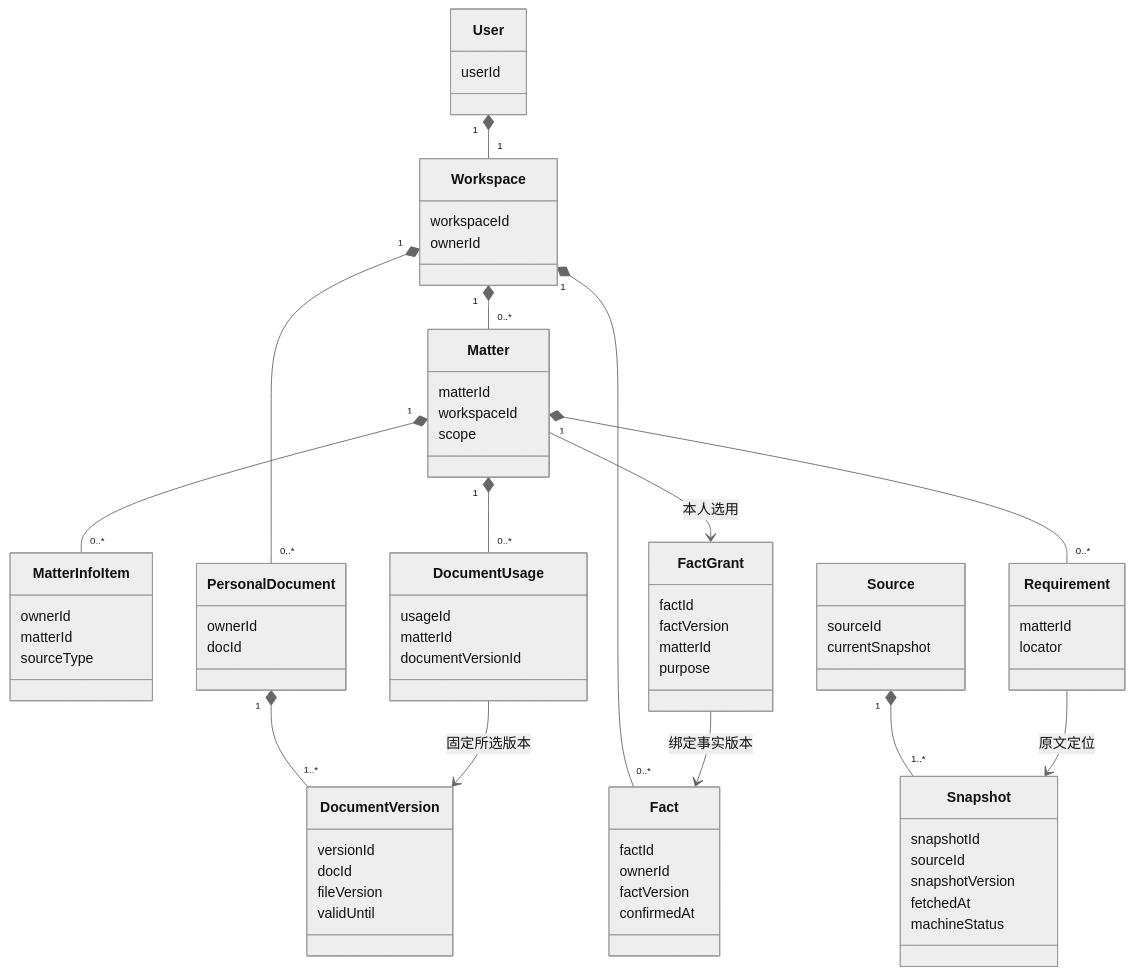
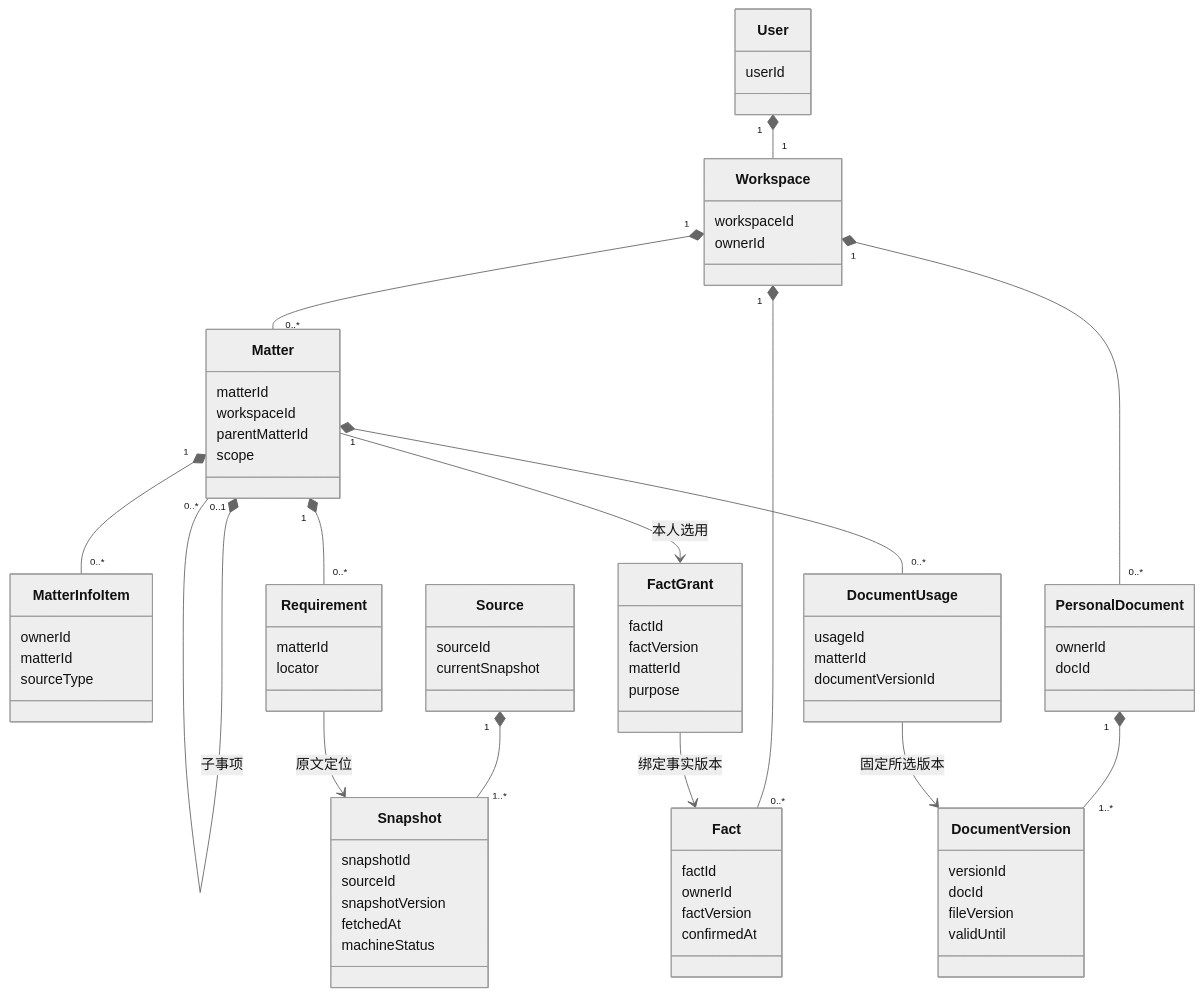
The diagram in docs/design/requirements/he-huiyuan/diagrams/04_个人事项与信息类.mmd (LotteryCamp/OfferPilot), drawn with Mermaid (neutral theme) before and after one commit. The commit also changed 10 other files, not shown here.

```diff
--- a/docs/design/requirements/he-huiyuan/diagrams/04_个人事项与信息类.mmd
+++ b/docs/design/requirements/he-huiyuan/diagrams/04_个人事项与信息类.mmd
@@ -1,73 +1,75 @@
 classDiagram
     class User {
       userId
     }
     class Workspace {
       workspaceId
       ownerId
     }
     class Matter {
       matterId
       workspaceId
+      parentMatterId
       scope
     }
     class MatterInfoItem {
       ownerId
       matterId
       sourceType
     }
     class Fact {
       factId
       ownerId
       factVersion
       confirmedAt
     }
     class PersonalDocument {
       ownerId
       docId
     }
     class DocumentVersion {
       versionId
       docId
       fileVersion
       validUntil
     }
     class DocumentUsage {
       usageId
       matterId
       documentVersionId
     }
     class FactGrant {
       factId
       factVersion
       matterId
       purpose
     }
     class Source {
       sourceId
       currentSnapshot
     }
     class Snapshot {
       snapshotId
       sourceId
       snapshotVersion
       fetchedAt
       machineStatus
     }
     class Requirement {
       matterId
       locator
     }
     User "1" *-- "1" Workspace
     Workspace "1" *-- "0..*" Matter
+    Matter "0..1" *-- "0..*" Matter : 子事项
     Matter "1" *-- "0..*" MatterInfoItem
     Workspace "1" *-- "0..*" Fact
     Workspace "1" *-- "0..*" PersonalDocument
     PersonalDocument "1" *-- "1..*" DocumentVersion
     Matter "1" *-- "0..*" DocumentUsage
     DocumentUsage --> DocumentVersion : 固定所选版本
     Matter --> FactGrant : 本人选用
     FactGrant --> Fact : 绑定事实版本
     Source "1" *-- "1..*" Snapshot
     Matter "1" *-- "0..*" Requirement
     Requirement --> Snapshot : 原文定位
```
